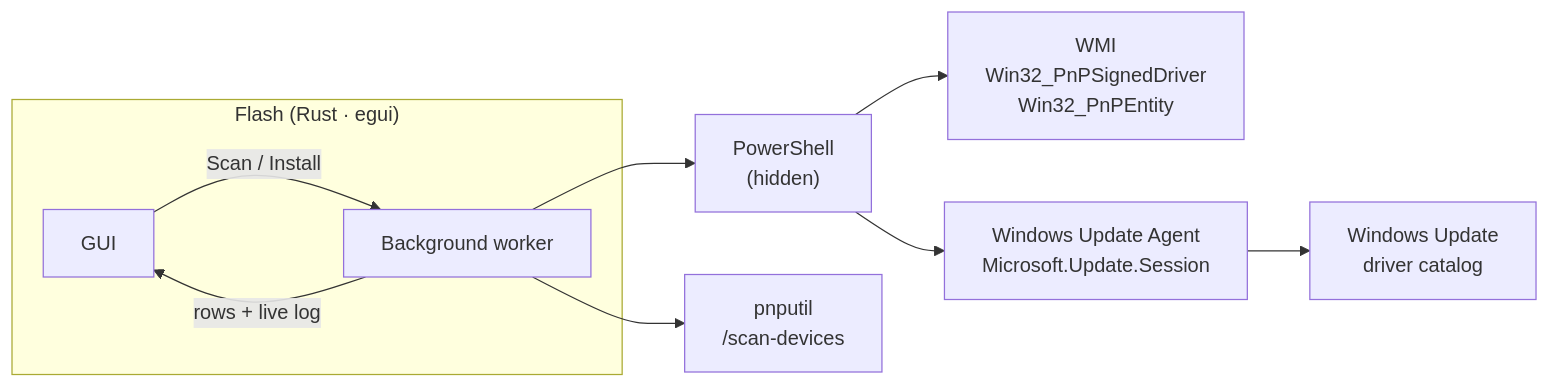
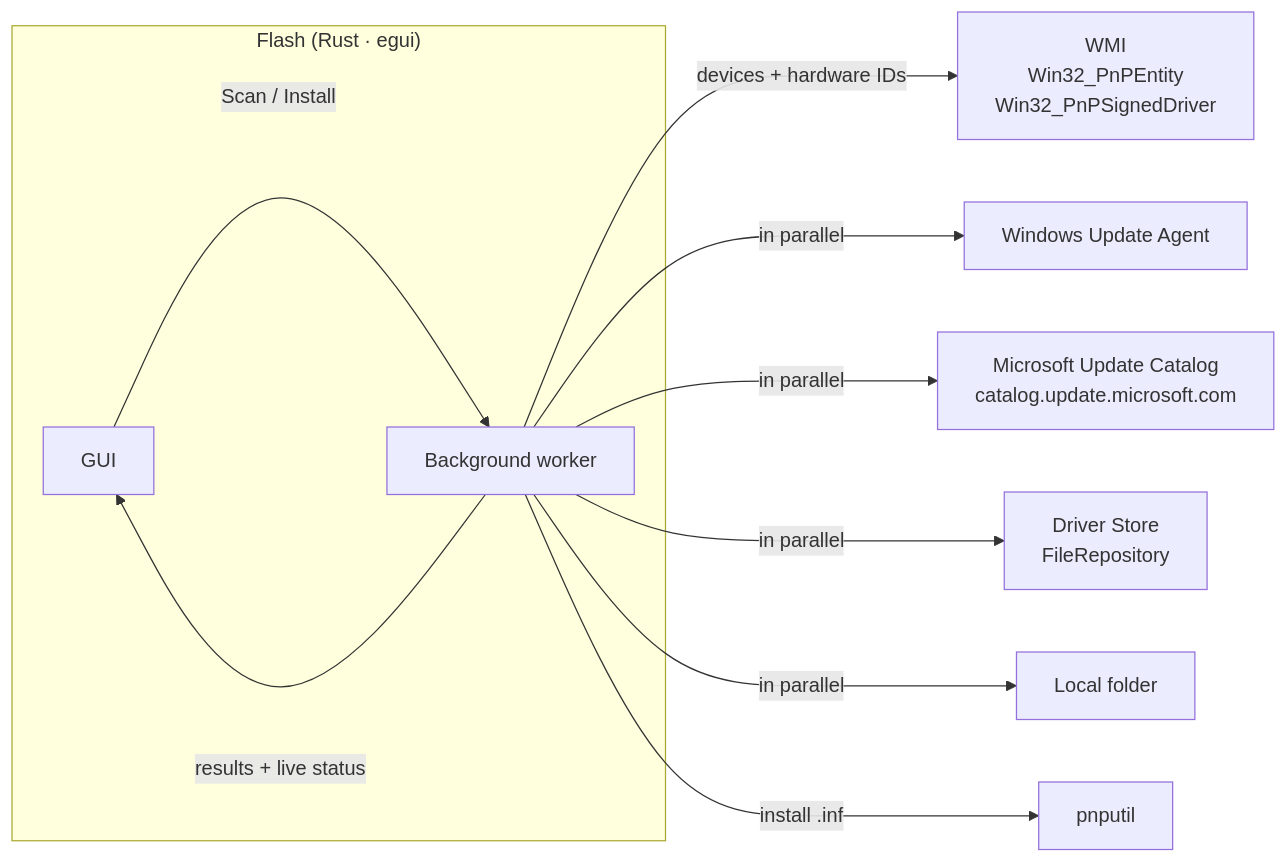
The diagram in README.md (ljcatherine/Flash), drawn with Mermaid before and after one commit. The commit also changed other lines of this file and 17 other files, not shown here.

````diff
--- a/README.md
+++ b/README.md
@@ -69,19 +167,19 @@
 ```mermaid
 flowchart LR
     subgraph APP["Flash (Rust · egui)"]
         UI["GUI"]
         BG["Background worker"]
     end
-    PS["PowerShell<br/>(hidden)"]
-    WMI["WMI<br/>Win32_PnPSignedDriver<br/>Win32_PnPEntity"]
-    PNP["pnputil<br/>/scan-devices"]
-    WU["Windows Update Agent<br/>Microsoft.Update.Session"]
-    MS["Windows Update<br/>driver catalog"]
+    WMI["WMI<br/>Win32_PnPEntity<br/>Win32_PnPSignedDriver"]
+    WU["Windows Update Agent"]
+    CAT["Microsoft Update Catalog<br/>catalog.update.microsoft.com"]
+    DS["Driver Store<br/>FileRepository"]
+    LF["Local folder"]
+    PNP["pnputil"]
 
     UI -- "Scan / Install" --> BG
-    BG --> PNP
-    BG --> PS
-    PS --> WMI
-    PS --> WU --> MS
-    BG -- "rows + live log" --> UI
+    BG -- "devices + hardware IDs" --> WMI
+    BG -- "in parallel" --> WU & CAT & DS & LF
+    BG -- "install .inf" --> PNP
+    BG -- "results + live status" --> UI
 ```
````
